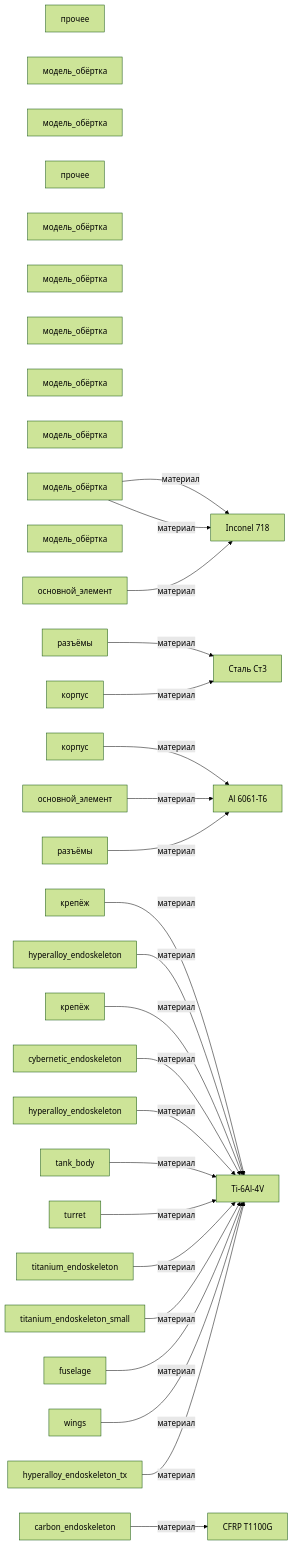
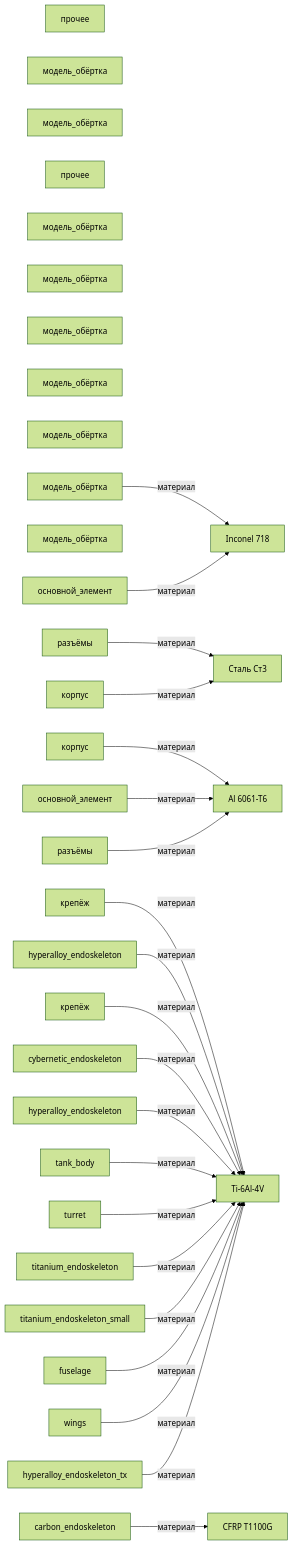
The diagram in graphs/mermaid/graph1_каркас.md (a-m-e-n-t-e-t/SkyNet), drawn with Mermaid (forest theme) before and after one commit. The commit also changed other lines of this file and 11 other files, not shown here.

````diff
--- a/graphs/mermaid/graph1_каркас.md
+++ b/graphs/mermaid/graph1_каркас.md
@@ -3,59 +3,58 @@
 ```mermaid
 graph LR
     izdelie_kompensatory[прочее]
     izdelie_SkyNet_T850[модель_обёртка]
     izdelie_SkyNet_Rev9[модель_обёртка]
     izdelie_reshetchatyi_karkas[прочее]
     izdelie_SkyNet_MarcusWright[модель_обёртка]
     izdelie_SkyNet_T800[модель_обёртка]
     izdelie_SkyNet_HKTank[модель_обёртка]
     izdelie_SkyNet_T600[модель_обёртка]
     izdelie_SkyNet_Cameron[модель_обёртка]
     izdelie_SkyNet_HKAerial[модель_обёртка]
     izdelie_SkyNet_TX[модель_обёртка]
     часть_kompensatory_core[основной_элемент]
     часть_kompensatory_connectors[разъёмы]
     часть_kompensatory_housing[корпус]
     часть_kompensatory_mounting[крепёж]
     часть_t850_эндоскелет[hyperalloy_endoskeleton]
     часть_rev9_endoskeleton[carbon_endoskeleton]
     часть_reshetchatyi_karkas_mounting[крепёж]
     часть_reshetchatyi_karkas_housing[корпус]
     часть_reshetchatyi_karkas_core[основной_элемент]
     часть_reshetchatyi_karkas_connectors[разъёмы]
     часть_marcus_эндоскелет[cybernetic_endoskeleton]
     часть_t800_эндоскелет_торс[hyperalloy_endoskeleton]
     часть_hk_tank_корпус[tank_body]
     часть_hk_tank_башня[turret]
     часть_t600_эндоскелет[titanium_endoskeleton]
     часть_cameron_эндоскелет[titanium_endoskeleton_small]
     часть_hk_aerial_фюзеляж[fuselage]
     часть_hk_aerial_крылья[wings]
     часть_t_x_эндоскелет[hyperalloy_endoskeleton_tx]
     material_al_6061_t6[Al 6061-T6]
     material_cfrp_t1100g[CFRP T1100G]
     material_inconel_718[Inconel 718]
     material_stal_st3[Сталь Ст3]
     material_ti_6al_4v[Ti-6Al-4V]
     izdelie_SkyNet_HKAerial -->|материал| material_inconel_718
-    izdelie_SkyNet_HKAerial -->|материал| material_inconel_718
     часть_kompensatory_core -->|материал| material_inconel_718
     часть_kompensatory_connectors -->|материал| material_stal_st3
     часть_kompensatory_housing -->|материал| material_al_6061_t6
     часть_kompensatory_mounting -->|материал| material_ti_6al_4v
     часть_t850_эндоскелет -->|материал| material_ti_6al_4v
     часть_rev9_endoskeleton -->|материал| material_cfrp_t1100g
     часть_reshetchatyi_karkas_mounting -->|материал| material_ti_6al_4v
     часть_reshetchatyi_karkas_housing -->|материал| material_stal_st3
     часть_reshetchatyi_karkas_core -->|материал| material_al_6061_t6
     часть_reshetchatyi_karkas_connectors -->|материал| material_al_6061_t6
     часть_marcus_эндоскелет -->|материал| material_ti_6al_4v
     часть_t800_эндоскелет_торс -->|материал| material_ti_6al_4v
     часть_hk_tank_корпус -->|материал| material_ti_6al_4v
     часть_hk_tank_башня -->|материал| material_ti_6al_4v
     часть_t600_эндоскелет -->|материал| material_ti_6al_4v
     часть_cameron_эндоскелет -->|материал| material_ti_6al_4v
     часть_hk_aerial_фюзеляж -->|материал| material_ti_6al_4v
     часть_hk_aerial_крылья -->|материал| material_ti_6al_4v
     часть_t_x_эндоскелет -->|материал| material_ti_6al_4v
 ```
````
